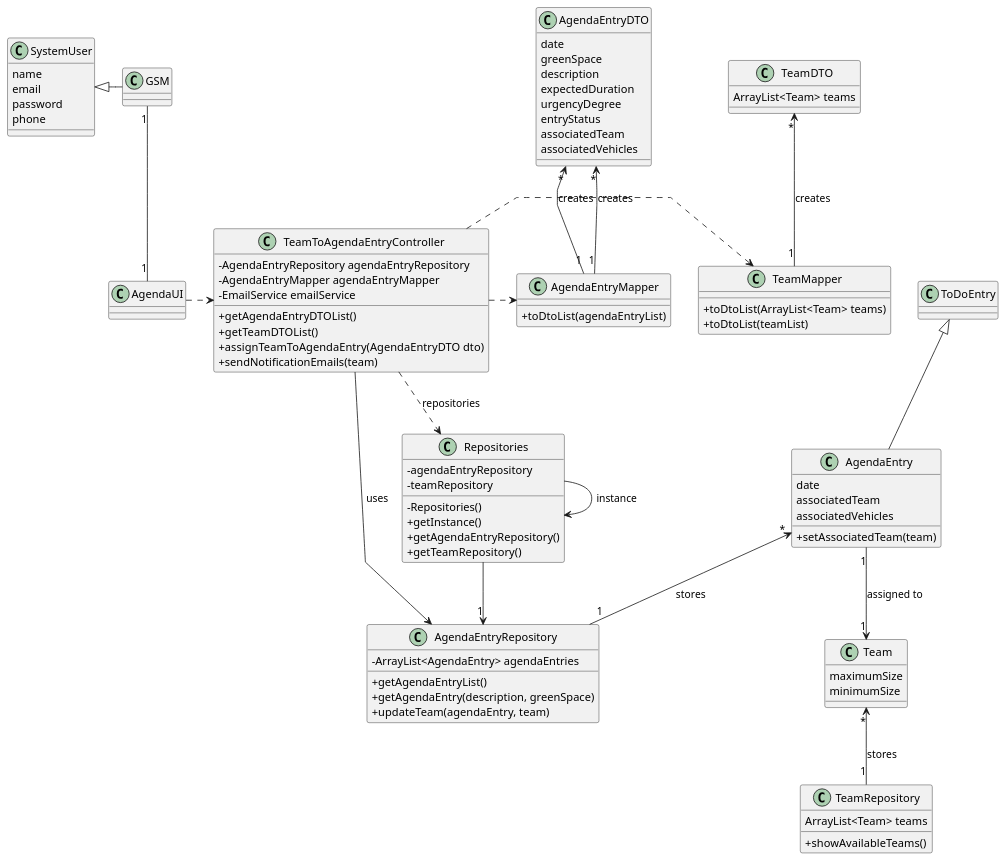
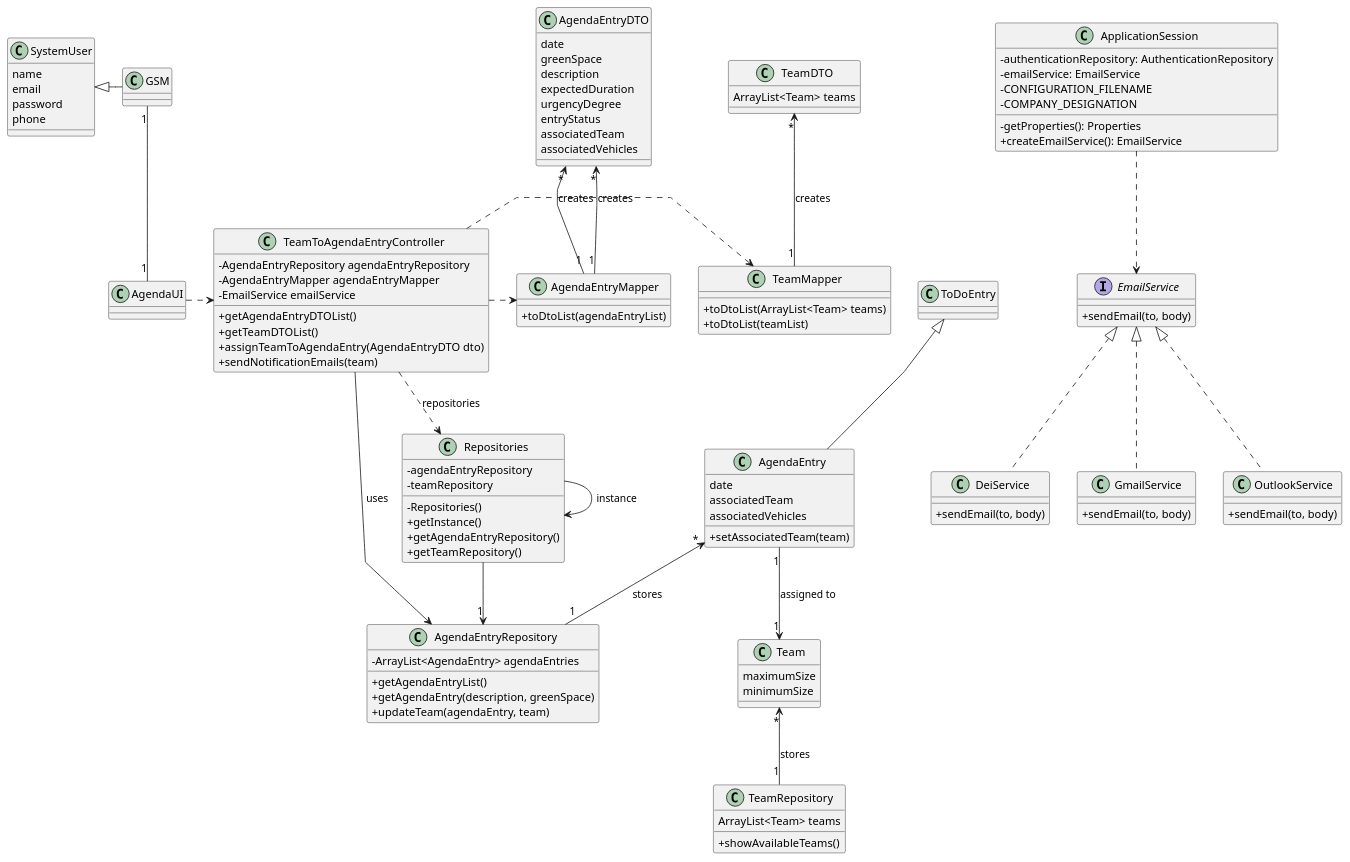
Before and after one commit to Departamento-de-Engenharia-Informatica/lei-24-s2-1do-g164: the diagram in docs/sprintC/us023/03.design/puml/us023-class-diagram.puml, drawn with PlantUML. The commit also changed 5 other files, not shown here.

```diff
--- a/docs/sprintC/us023/03.design/puml/us023-class-diagram.puml
+++ b/docs/sprintC/us023/03.design/puml/us023-class-diagram.puml
@@ -1,118 +1,150 @@
 @startuml
 skinparam classAttributeIconSize 0
 'skinparam monochrome true
 skinparam packageStyle rectangle
 skinparam shadowing false
 skinparam linetype polyline
 'skinparam linetype orto
 skinparam classAttributeIconSize 0
 
 class AgendaEntry {
     date
     associatedTeam
     associatedVehicles
     +setAssociatedTeam(team)
 }
 
 class AgendaEntryDTO {
 
     date
     greenSpace
     description
     expectedDuration
     urgencyDegree
     entryStatus
     associatedTeam
     associatedVehicles
 
 }
 
 class SystemUser {
     name
     email
     password
     phone
 }
 
 
 class AgendaEntryRepository {
     - ArrayList<AgendaEntry> agendaEntries
     + getAgendaEntryList()
     + getAgendaEntry(description, greenSpace)
     +updateTeam(agendaEntry, team)
 }
 
 class Repositories {
     - agendaEntryRepository
     -teamRepository
 
     - Repositories()
     + getInstance()
     + getAgendaEntryRepository()
     + getTeamRepository()
 
 }
 
 class AgendaEntryMapper {
     + toDtoList(agendaEntryList)
 
 }
 
 
 class TeamToAgendaEntryController {
     - AgendaEntryRepository agendaEntryRepository
     - AgendaEntryMapper agendaEntryMapper
     - EmailService emailService
 
     + getAgendaEntryDTOList()
     +getTeamDTOList()
     +assignTeamToAgendaEntry(AgendaEntryDTO dto)
     +sendNotificationEmails(team)
 }
 
 class AgendaUI {
 
 }
 
 class Team{
 maximumSize
 minimumSize
 
 }
 
 class TeamRepository{
     ArrayList<Team> teams
     +showAvailableTeams()
 
 }
 
 class TeamMapper {
 +toDtoList(ArrayList<Team> teams)
 +toDtoList(teamList)
 
 }
 
 class TeamDTO {
 ArrayList<Team> teams
 }
 
+interface EmailService {
+    + sendEmail(to, body)
+}
+
+class DeiService implements EmailService {
+    + sendEmail(to, body)
+}
+
+class GmailService implements EmailService {
+    + sendEmail(to, body)
+}
+
+class OutlookService implements EmailService {
+    + sendEmail(to, body)
+}
+
+class ApplicationSession{
+    -authenticationRepository: AuthenticationRepository
+        -emailService: EmailService
+        -CONFIGURATION_FILENAME
+        -COMPANY_DESIGNATION
+
+        -getProperties(): Properties
+        +createEmailService(): EmailService
+}
+
+
+
 
 AgendaUI .> TeamToAgendaEntryController
 TeamToAgendaEntryController ..> Repositories : repositories
 Repositories --> "1" AgendaEntryRepository
 Repositories -> Repositories : instance
 TeamToAgendaEntryController .> AgendaEntryMapper
 TeamToAgendaEntryController .> TeamMapper
 TeamToAgendaEntryController --> AgendaEntryRepository : uses
 
 SystemUser <|- GSM
 ToDoEntry <|-- AgendaEntry
 
 GSM "1" -- "1" AgendaUI
 AgendaEntry "*" <-- "1" AgendaEntryRepository : stores
 AgendaEntryDTO "*" <-- "1" AgendaEntryMapper : creates
 AgendaEntry"1" --> "1" Team: assigned to
 Team "*" <-- "1" TeamRepository : stores
 AgendaEntryDTO "*" <-- "1" AgendaEntryMapper : creates
 TeamDTO "*" <-- "1" TeamMapper : creates
+
+
+ApplicationSession ..> EmailService
+
 @enduml
```
